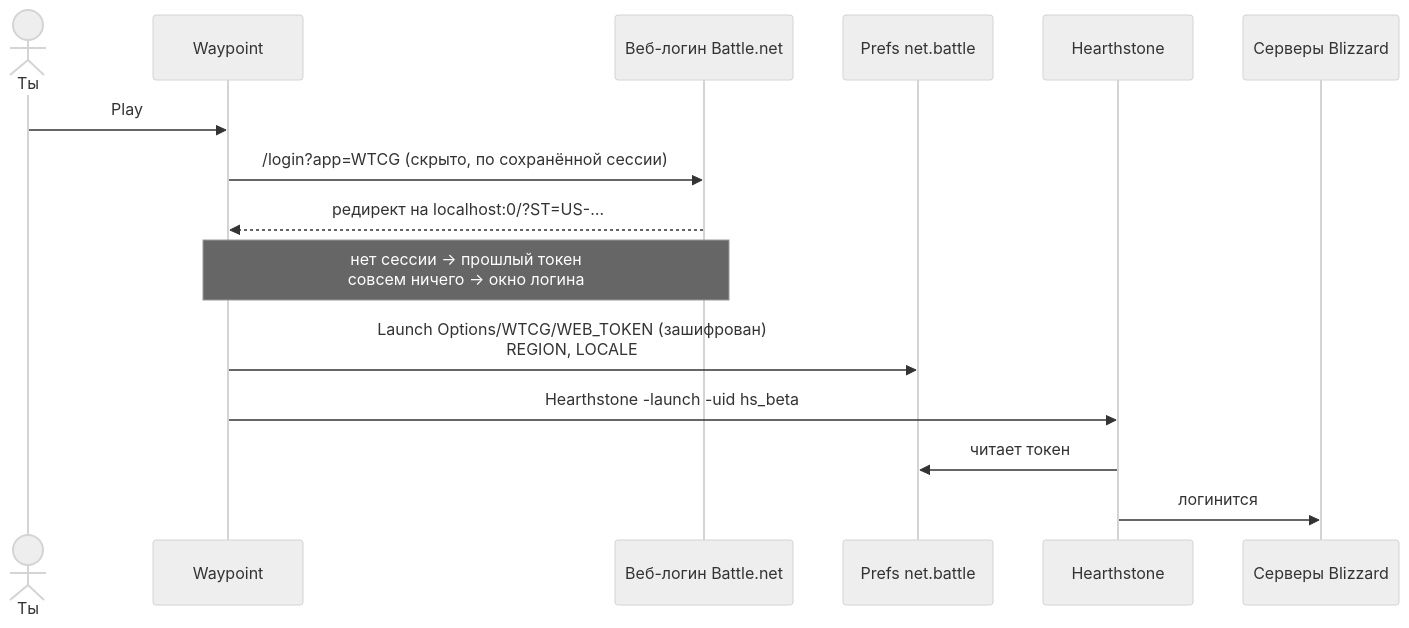
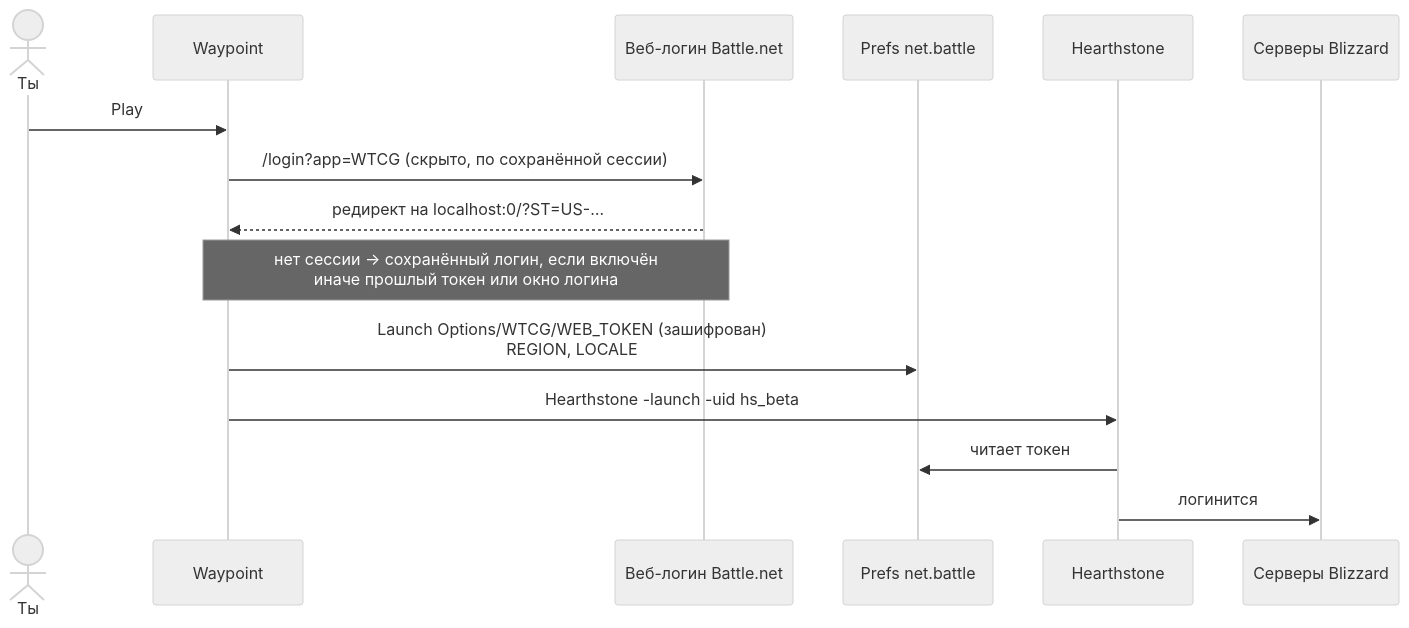
One commit to wowlocal/waypoint-launcher changed the diagram in README.ru.md. Above: the diagram before and after it, drawn with Mermaid (neutral theme). The commit also changed other lines of this file and 7 other files, not shown here.

````diff
--- a/README.ru.md
+++ b/README.ru.md
@@ -132,18 +136,18 @@
 ```mermaid
 sequenceDiagram
     actor U as Ты
     participant W as Waypoint
     participant L as Веб-логин Battle.net
     participant P as Prefs net.battle
     participant G as Hearthstone
     participant S as Серверы Blizzard
 
     U->>W: Play
     W->>L: /login?app=WTCG (скрыто, по сохранённой сессии)
     L-->>W: редирект на localhost:0/?ST=US-…
-    Note over W,L: нет сессии → прошлый токен<br/>совсем ничего → окно логина
+    Note over W,L: нет сессии → сохранённый логин, если включён<br/>иначе прошлый токен или окно логина
     W->>P: Launch Options/WTCG/WEB_TOKEN (зашифрован)<br/>REGION, LOCALE
     W->>G: Hearthstone -launch -uid hs_beta
     G->>P: читает токен
     G->>S: логинится
 ```
````
